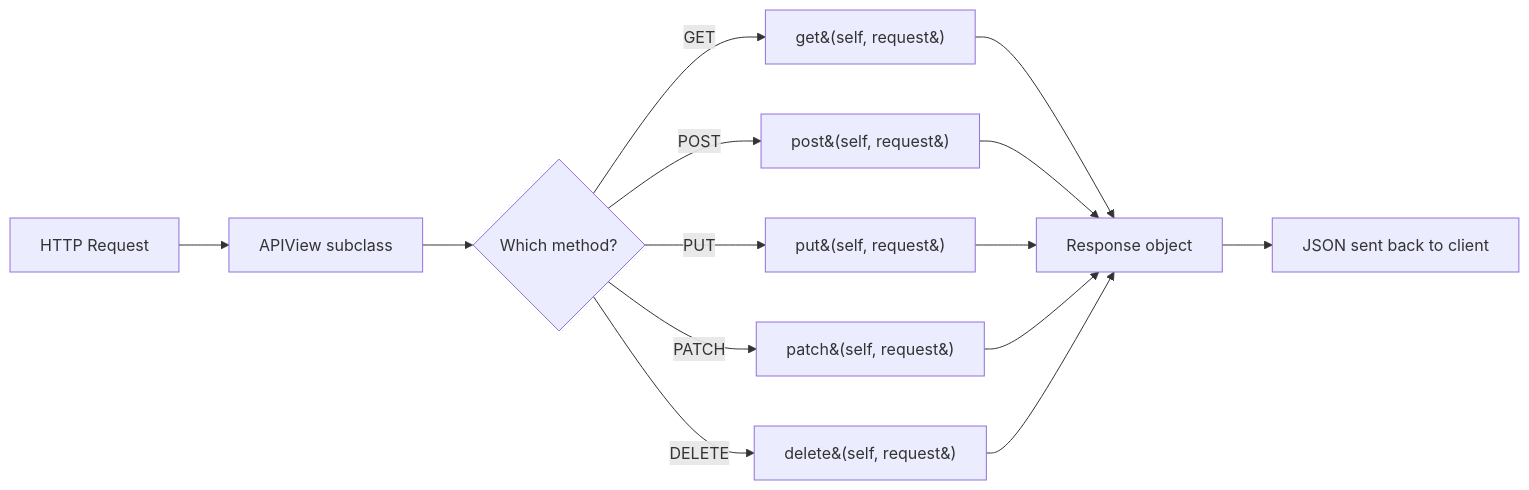
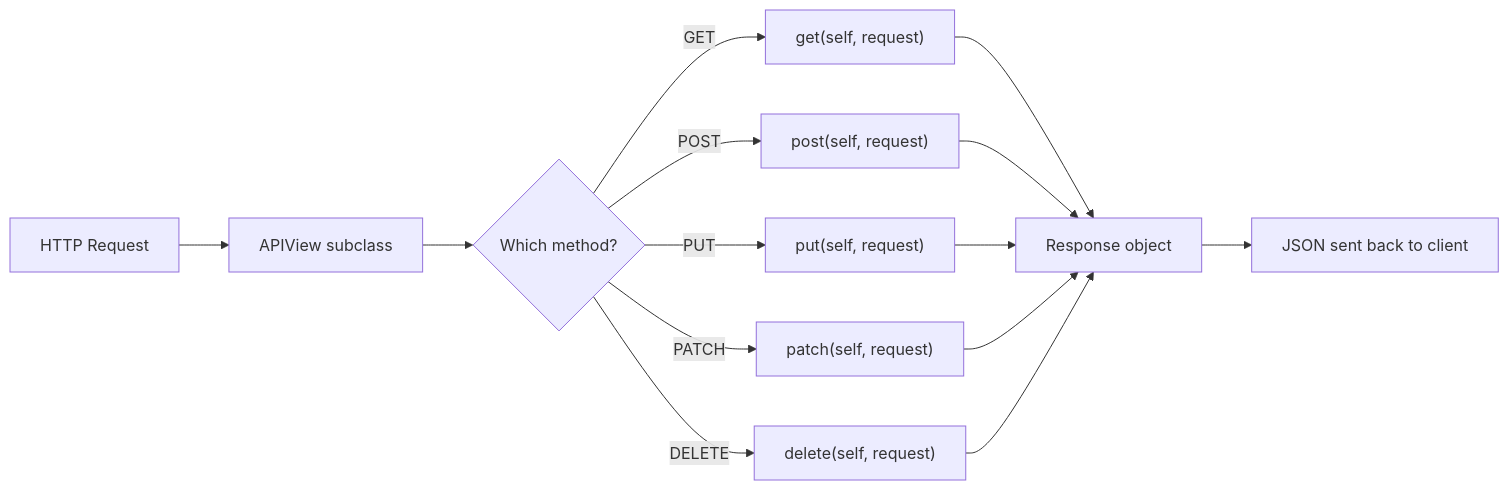
Before and after one commit to aw-junaid/bug-bounty: the fourth of 10 diagrams in resources/vulnerabilties/api testing/From Django Admin to a Fully CRUD-able API: Everything I Learned Wiring It All Together.md, drawn with Mermaid. The commit also changed other lines of this file, not shown here.

Commit message:
Update From Django Admin to a Fully CRUD-able API: Everything I Learned Wiring It All Together.md

````diff
--- a/resources/vulnerabilties/api testing/From Django Admin to a Fully CRUD-able API: Everything I Learned Wiring It All Together.md
+++ b/resources/vulnerabilties/api testing/From Django Admin to a Fully CRUD-able API: Everything I Learned Wiring It All Together.md
@@ -201,16 +201,16 @@
 ```mermaid
 flowchart LR
-    A[HTTP Request] --> B["APIView subclass"]
+    A["HTTP Request"] --> B["APIView subclass"]
     B --> C{"Which method?"}
-    C -->|GET| D[get&#40;self, request&#41;]
-    C -->|POST| E[post&#40;self, request&#41;]
-    C -->|PUT| F[put&#40;self, request&#41;]
-    C -->|PATCH| G[patch&#40;self, request&#41;]
-    C -->|DELETE| H[delete&#40;self, request&#41;]
-    D --> I[Response object]
+    C -->|GET| D["get(self, request)"]
+    C -->|POST| E["post(self, request)"]
+    C -->|PUT| F["put(self, request)"]
+    C -->|PATCH| G["patch(self, request)"]
+    C -->|DELETE| H["delete(self, request)"]
+    D --> I["Response object"]
     E --> I
     F --> I
     G --> I
     H --> I
-    I --> J[JSON sent back to client]
+    I --> J["JSON sent back to client"]
 ```
````
